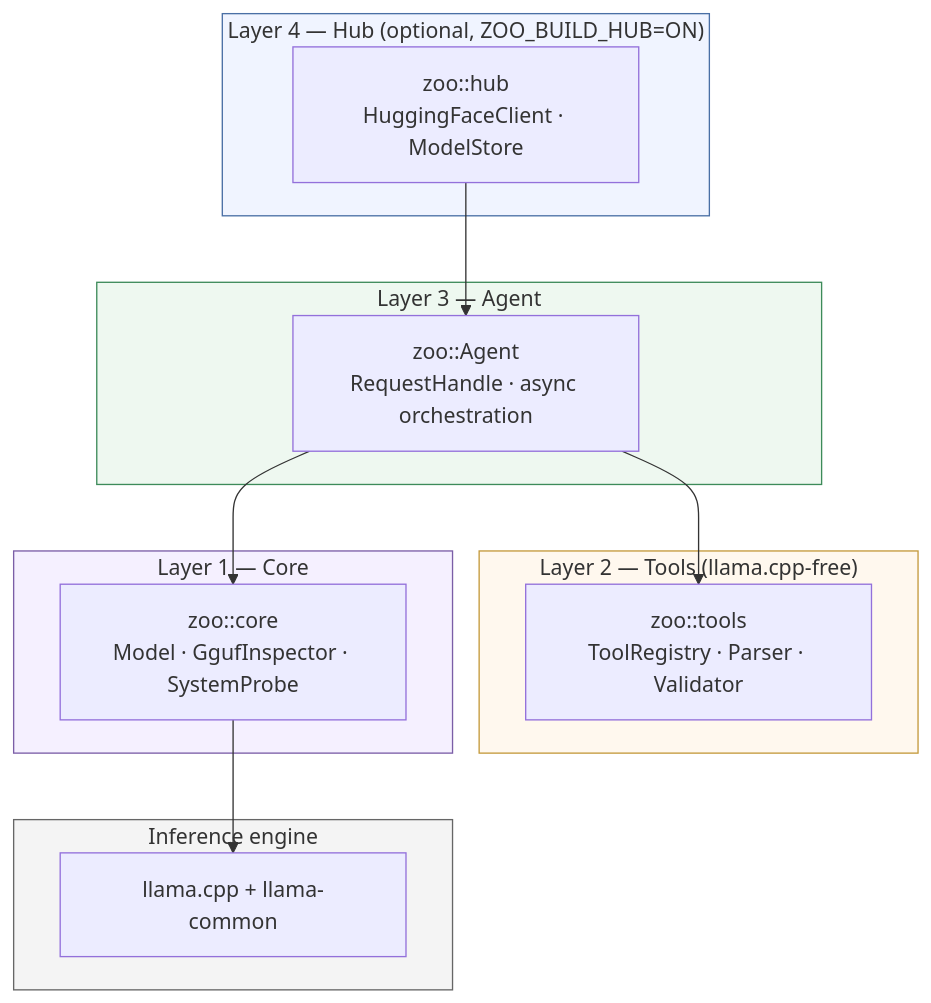
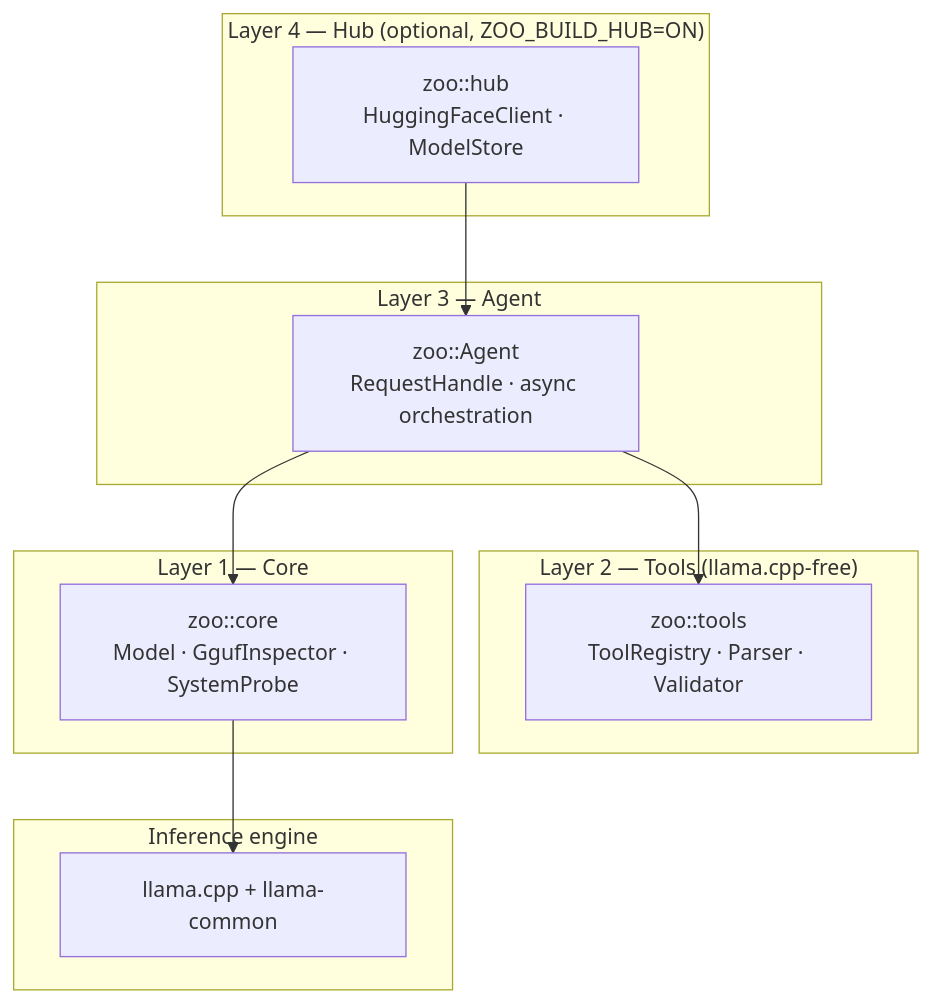
One commit to crybo-rybo/zoo-keeper changed the diagram in docs/spec.md. Above: the diagram before and after it, drawn with Mermaid. The commit also changed 6 other files, not shown here.

First line of the commit message:
docs: drop custom Mermaid style overrides for consistent rendering

````diff
--- a/docs/spec.md
+++ b/docs/spec.md
@@ -57,33 +57,28 @@
 ```mermaid
 flowchart TB
     subgraph L4["Layer 4 — Hub (optional, ZOO_BUILD_HUB=ON)"]
         H["zoo::hub<br/>HuggingFaceClient · ModelStore"]
     end
 
     subgraph L3["Layer 3 — Agent"]
         A["zoo::Agent<br/>RequestHandle · async orchestration"]
     end
 
     subgraph L2["Layer 2 — Tools (llama.cpp-free)"]
         T["zoo::tools<br/>ToolRegistry · Parser · Validator"]
     end
 
     subgraph L1["Layer 1 — Core"]
         C["zoo::core<br/>Model · GgufInspector · SystemProbe"]
     end
 
     subgraph Engine["Inference engine"]
         LL["llama.cpp + llama-common"]
     end
 
     H --> A
     A --> T
     A --> C
     C --> LL
 
-    style L4 fill:#f0f4ff,stroke:#4a6fa5
-    style L3 fill:#eef8f0,stroke:#3d8b5a
-    style L2 fill:#fff8ee,stroke:#c49a3c
-    style L1 fill:#f5f0ff,stroke:#7b5ea7
-    style Engine fill:#f4f4f4,stroke:#666
 ```
````
